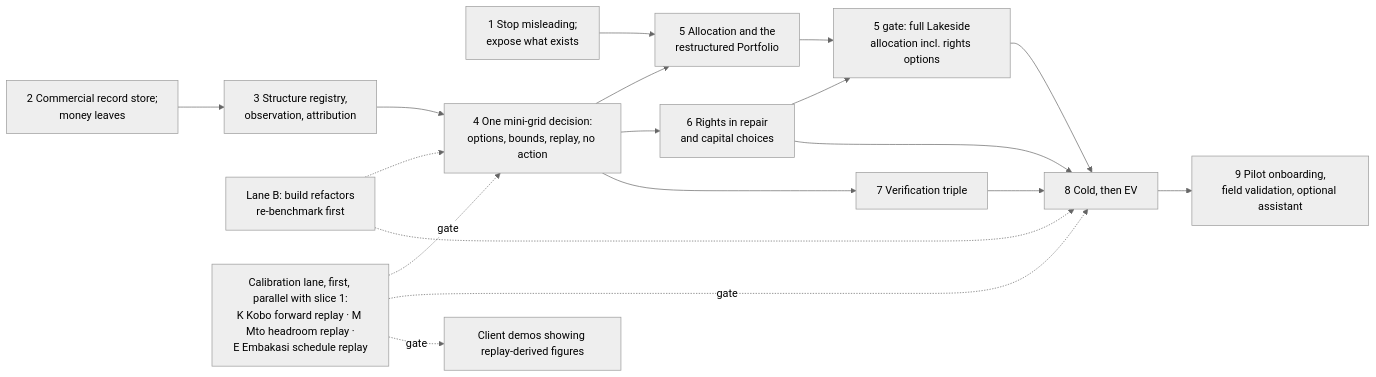
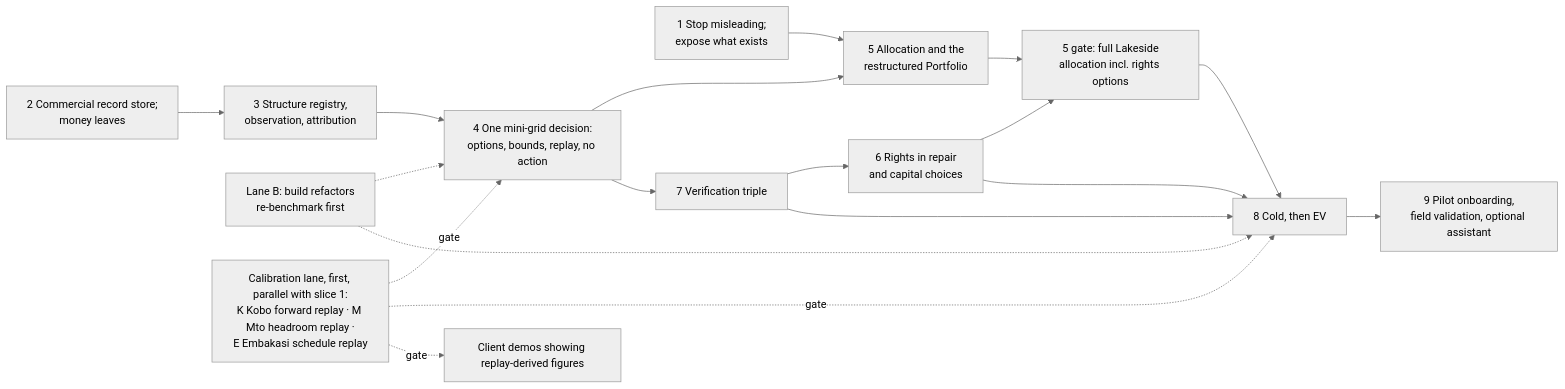
The second of 2 diagrams in Docs/demo-sprint/product-direction-layer4/phase-plan-and-acceptance.md (bineyame/AssetOpsV1), drawn with Mermaid (neutral theme) before and after one commit. The commit also changed other lines of this file and 17 other files, not shown here.

````diff
--- a/Docs/demo-sprint/product-direction-layer4/phase-plan-and-acceptance.md
+++ b/Docs/demo-sprint/product-direction-layer4/phase-plan-and-acceptance.md
@@ -47,20 +48,20 @@
 ```mermaid
 flowchart LR
   S1[1 Stop misleading;<br/>expose what exists] --> S5
   S2[2 Commercial record store;<br/>money leaves] --> S3[3 Structure registry,<br/>observation, attribution]
   S3 --> S4[4 One mini-grid decision:<br/>options, bounds, replay, no action]
   S4 --> S5[5 Allocation and the<br/>restructured Portfolio]
-  S4 --> S6[6 Rights in repair<br/>and capital choices]
+  S4 --> S7[7 Verification triple]
+  S7 --> S6[6 Rights in repair<br/>and capital choices]
   S6 --> S5c[5 gate: full Lakeside<br/>allocation incl. rights options]
   S5 --> S5c
-  S4 --> S7[7 Verification triple]
   S5c --> S8[8 Cold, then EV]
   S6 --> S8
   S7 --> S8
   S8 --> S9[9 Pilot onboarding,<br/>field validation, optional assistant]
   B[Lane B: build refactors<br/>re-benchmark first] -.-> S4
   B -.-> S8
   R0[Calibration lane, first, parallel with slice 1:<br/>K Kobo forward replay · M Mto headroom replay ·<br/>E Embakasi schedule replay] -.gate.-> S4
   R0 -.gate.-> S8
   R0 -.gate.-> D[Client demos showing replay-derived figures]
 ```
````
